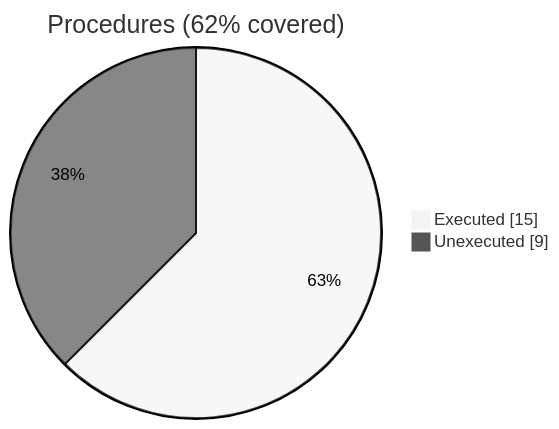
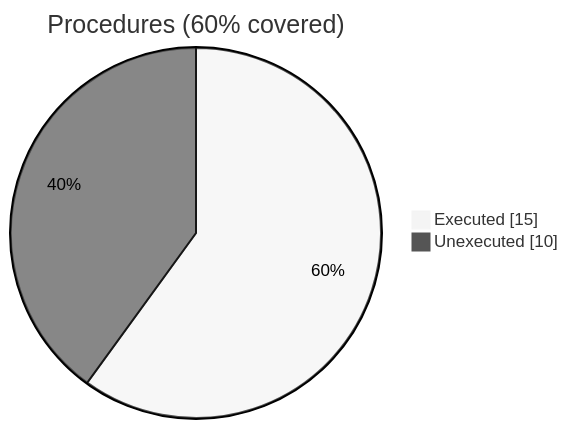
Before and after one commit to szaghi/FOSSIL: the second of 2 diagrams in docs/guide/fossil_aabb_object.f90.gcov.md, drawn with Mermaid (neutral theme). The commit also changed other lines of this file and 40 other files, not shown here.

````diff
--- a/docs/guide/fossil_aabb_object.f90.gcov.md
+++ b/docs/guide/fossil_aabb_object.f90.gcov.md
@@ -24,6 +24,6 @@
 ```mermaid
 pie showData
-    title Procedures (62% covered)
+    title Procedures (60% covered)
     "Executed" : 15
-    "Unexecuted" : 9
+    "Unexecuted" : 10
 ```
````
